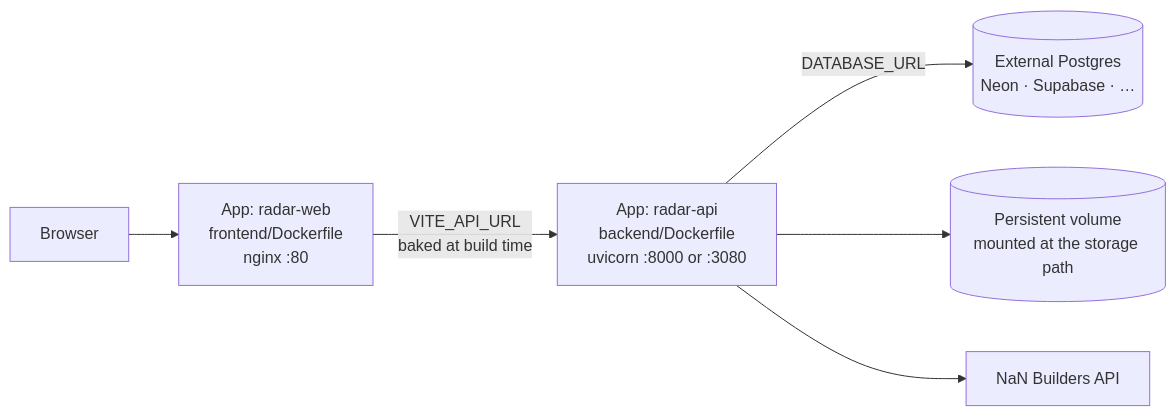
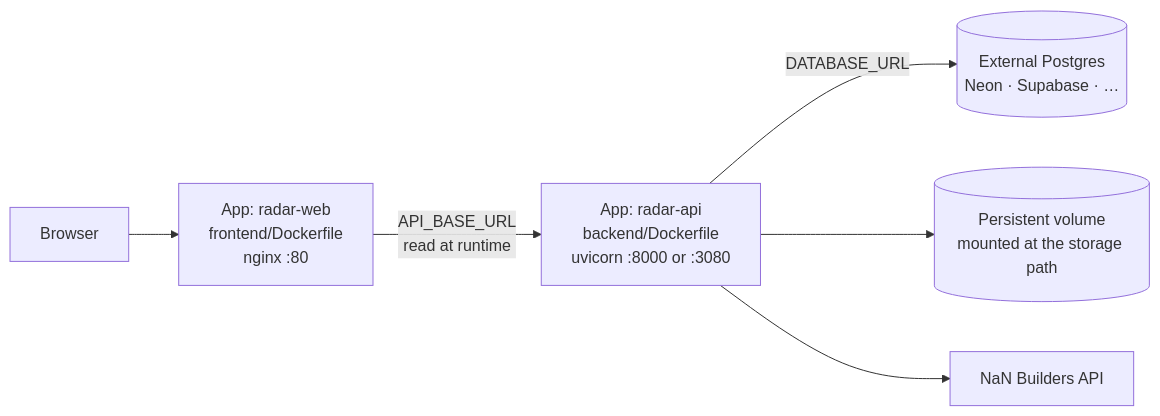
One commit to aam9063/Radar-de-Pliegos changed the diagram in docs/deploy-nan-cloud.md. Above: the diagram before and after it, drawn with Mermaid. The commit also changed other lines of this file and 15 other files, not shown here.

First line of the commit message:
feat(web): read the API address at runtime instead of baking it

````diff
--- a/docs/deploy-nan-cloud.md
+++ b/docs/deploy-nan-cloud.md
@@ -14,8 +14,8 @@
 ```mermaid
 flowchart LR
     USER["Browser"] --> WEB["App: radar-web<br/>frontend/Dockerfile<br/>nginx :80"]
-    WEB -->|"VITE_API_URL<br/>baked at build time"| API["App: radar-api<br/>backend/Dockerfile<br/>uvicorn :8000 or :3080"]
+    WEB -->|"API_BASE_URL<br/>read at runtime"| API["App: radar-api<br/>backend/Dockerfile<br/>uvicorn :8000 or :3080"]
     API -->|"DATABASE_URL"| PG[("External Postgres<br/>Neon · Supabase · …")]
     API --> VOL[("Persistent volume<br/>mounted at the storage path")]
     API --> LLM["NaN Builders API"]
 ```
````
